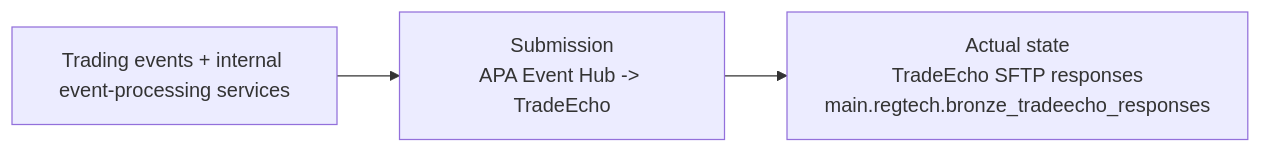
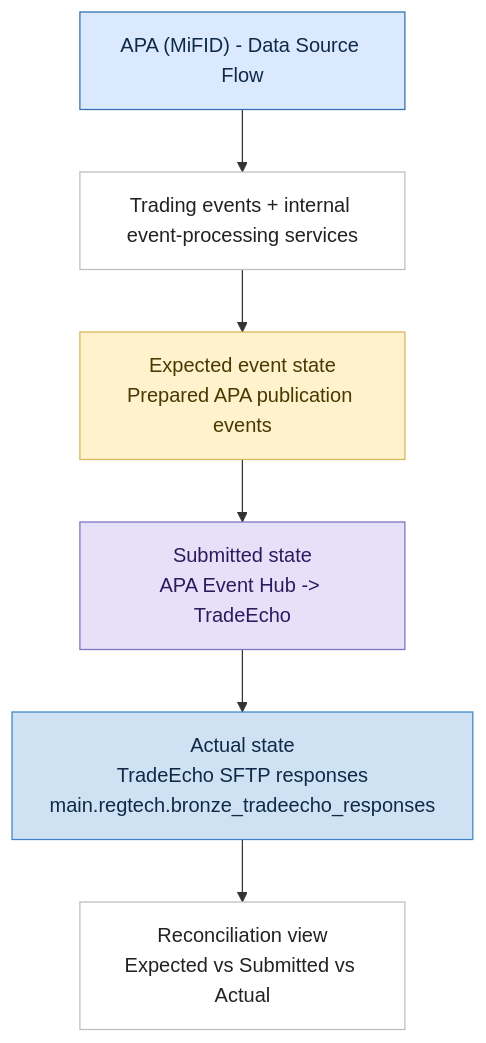
Before and after one commit to valentinosko-hub/RegTech: the diagram in docs/reporting-model-apa-data-sources.mmd, drawn with Mermaid. The commit also changed 15 other files, not shown here.

Commit message:
Style per-model diagrams with title and state colors

```diff
--- a/docs/reporting-model-apa-data-sources.mmd
+++ b/docs/reporting-model-apa-data-sources.mmd
@@ -1,5 +1,22 @@
-flowchart LR
+flowchart TB
+  T["APA (MiFID) - Data Source Flow"]
   SRC["Trading events + internal event-processing services"]
-  SUB["Submission<br/>APA Event Hub -> TradeEcho"]
+  E["Expected event state<br/>Prepared APA publication events"]
+  SUB["Submitted state<br/>APA Event Hub -> TradeEcho"]
   ACT["Actual state<br/>TradeEcho SFTP responses<br/>main.regtech.bronze_tradeecho_responses"]
-  SRC --> SUB --> ACT
+  R["Reconciliation view<br/>Expected vs Submitted vs Actual"]
+
+  T --> SRC
+  SRC --> E --> SUB --> ACT --> R
+
+  classDef title fill:#dbe9ff,stroke:#2f6fab,color:#0e2a47,fontStyle:bold,fontSize:14;
+  classDef expected fill:#fff2cc,stroke:#d6b656,color:#4a3900;
+  classDef submitted fill:#e6e0f8,stroke:#7f70bf,color:#2f1a5f;
+  classDef actual fill:#cfe2f3,stroke:#3d85c6,color:#0e2a47;
+  classDef neutral fill:#ffffff,stroke:#bdbdbd,color:#222;
+
+  class T title;
+  class E expected;
+  class SUB submitted;
+  class ACT actual;
+  class SRC,R neutral;
```
